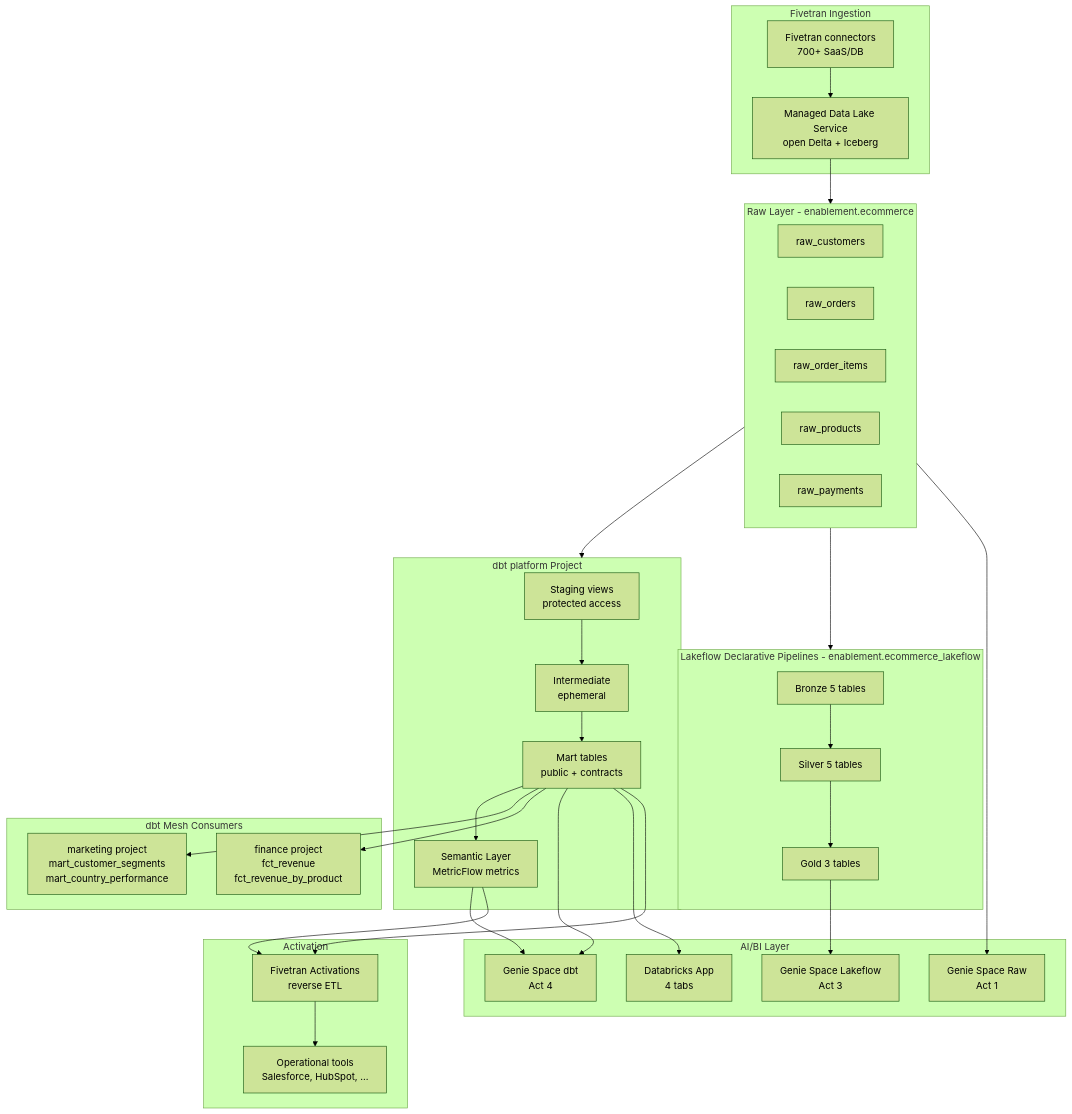
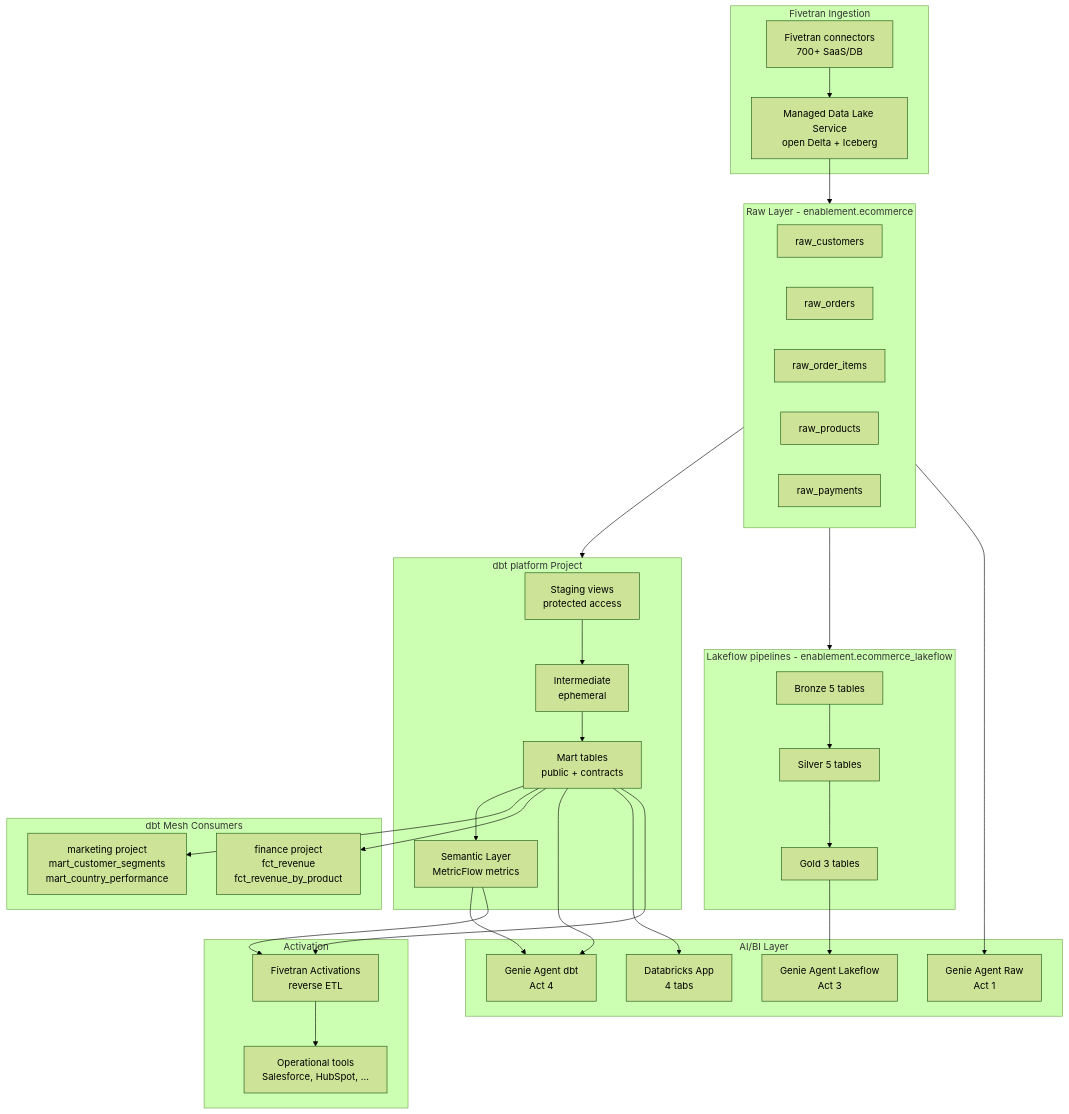
One commit to hicham-bab/dbt-dbx-field-enablement changed the diagram in docs/architecture.md. Above: the diagram before and after it, drawn with Mermaid (forest theme). The commit also changed other lines of this file and 39 other files, not shown here.

````diff
--- a/docs/architecture.md
+++ b/docs/architecture.md
@@ -100,63 +107,63 @@
 ```mermaid
 flowchart TD
     subgraph Raw["Raw Layer - enablement.ecommerce"]
         R1[raw_customers]
         R2[raw_orders]
         R3[raw_order_items]
         R4[raw_products]
         R5[raw_payments]
     end
 
-    subgraph Lakeflow["Lakeflow Declarative Pipelines - enablement.ecommerce_lakeflow"]
+    subgraph Lakeflow["Lakeflow pipelines - enablement.ecommerce_lakeflow"]
         B[Bronze 5 tables]
         S[Silver 5 tables]
         G[Gold 3 tables]
         B --> S --> G
     end
 
     subgraph Platform["dbt platform Project"]
         STG[Staging views\nprotected access]
         INT[Intermediate\nephemeral]
         MARTS[Mart tables\npublic + contracts]
         SEM[Semantic Layer\nMetricFlow metrics]
         STG --> INT --> MARTS
         MARTS --> SEM
     end
 
     subgraph Mesh["dbt Mesh Consumers"]
         MKT[marketing project\nmart_customer_segments\nmart_country_performance]
         FIN[finance project\nfct_revenue\nfct_revenue_by_product]
     end
 
     subgraph AI["AI/BI Layer"]
-        G1[Genie Space Raw\nAct 1]
-        G2[Genie Space Lakeflow\nAct 3]
-        G3[Genie Space dbt\nAct 4]
+        G1[Genie Agent Raw\nAct 1]
+        G2[Genie Agent Lakeflow\nAct 3]
+        G3[Genie Agent dbt\nAct 4]
         APP[Databricks App\n4 tabs]
     end
 
     subgraph Ingest["Fivetran Ingestion"]
         FT[Fivetran connectors\n700+ SaaS/DB]
         MDLS[Managed Data Lake Service\nopen Delta + Iceberg]
         FT --> MDLS
     end
 
     subgraph Activate["Activation"]
         ACT[Fivetran Activations\nreverse ETL]
         OPS[Operational tools\nSalesforce, HubSpot, ...]
         ACT --> OPS
     end
 
     MDLS --> Raw
     Raw --> Platform
     Raw --> Lakeflow
     MARTS --> MKT
     MARTS --> FIN
     Raw --> G1
     G --> G2
     MARTS --> G3
     SEM --> G3
     MARTS --> APP
     MARTS --> ACT
     SEM --> ACT
 ```
````
